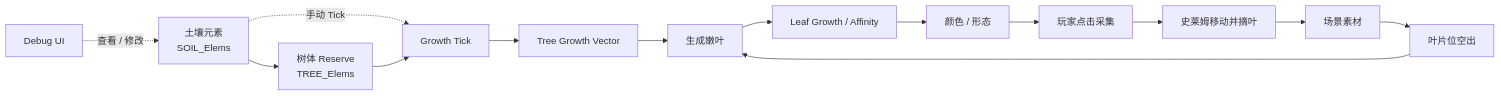
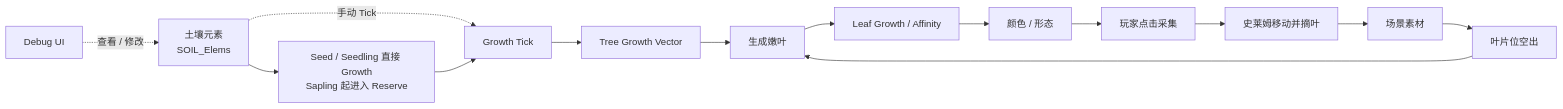
The second of 4 diagrams in mvp/watermelon-kitchen/implementation-roadmap.md (Ri0n72Y/idea-slime-bar), drawn with Mermaid before and after one commit. The commit also changed other lines of this file, not shown here.

Commit message:
docs: align roadmap with early growth balance

````diff
--- a/mvp/watermelon-kitchen/implementation-roadmap.md
+++ b/mvp/watermelon-kitchen/implementation-roadmap.md
@@ -436,19 +444,19 @@
 ```mermaid
 flowchart LR
     X[Debug UI]
     -.查看 / 修改.-> A
     -.手动 Tick.-> C
 
     A[土壤元素<br/>SOIL_Elems]
-    --> B[树体 Reserve<br/>TREE_Elems]
+    --> B[Seed / Seedling 直接 Growth<br/>Sapling 起进入 Reserve]
     --> C[Growth Tick]
     --> D[Tree Growth Vector]
     --> E[生成嫩叶]
     --> F[Leaf Growth / Affinity]
     --> G[颜色 / 形态]
     --> H[玩家点击采集]
     --> I[史莱姆移动并摘叶]
     --> J[场景素材]
     --> K[叶片位空出]
     --> E
 ```
````
